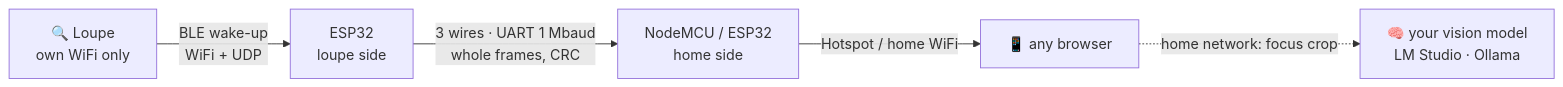
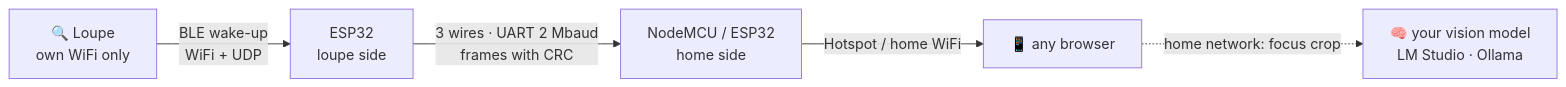
The diagram in README.md (ElektroGandhi/PlatinenLupe), drawn with Mermaid before and after one commit. The commit also changed other lines of this file and 7 other files, not shown here.

````diff
--- a/README.md
+++ b/README.md
@@ -107,7 +107,7 @@
 ```mermaid
 flowchart LR
   L["🔍 Loupe<br/>own WiFi only"] -- "BLE wake-up<br/>WiFi + UDP" --> A["ESP32<br/>loupe side"]
-  A -- "3 wires · UART 1 Mbaud<br/>whole frames, CRC" --> B["NodeMCU / ESP32<br/>home side"]
+  A -- "3 wires · UART 2 Mbaud<br/>frames with CRC" --> B["NodeMCU / ESP32<br/>home side"]
   B -- "Hotspot / home WiFi" --> P["📱 any browser"]
   P -. "home network: focus crop" .-> M["🧠 your vision model<br/>LM Studio · Ollama"]
 ```
````
